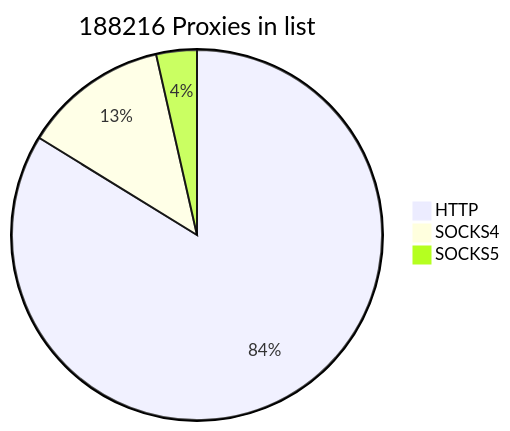
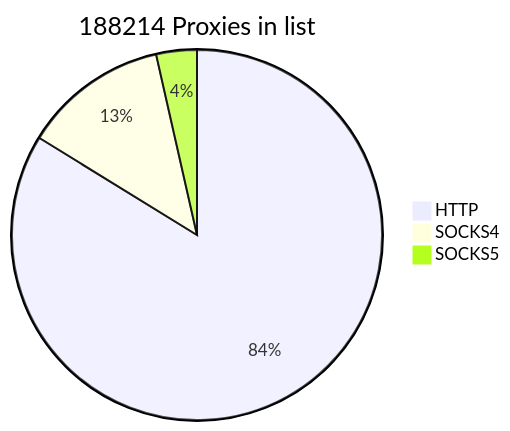
The first of 2 diagrams in README.md (cutipu/proxylist), drawn with Mermaid before and after one commit. The commit also changed other lines of this file, not shown here.

````diff
--- a/README.md
+++ b/README.md
@@ -2,7 +2,7 @@
 ```mermaid
-pie title 188216 Proxies in list
-    "HTTP" : 157695
-    "SOCKS4" : 23846
+pie title 188214 Proxies in list
+    "HTTP" : 157694
+    "SOCKS4" : 23845
     "SOCKS5" : 6675
             
 ```
````
